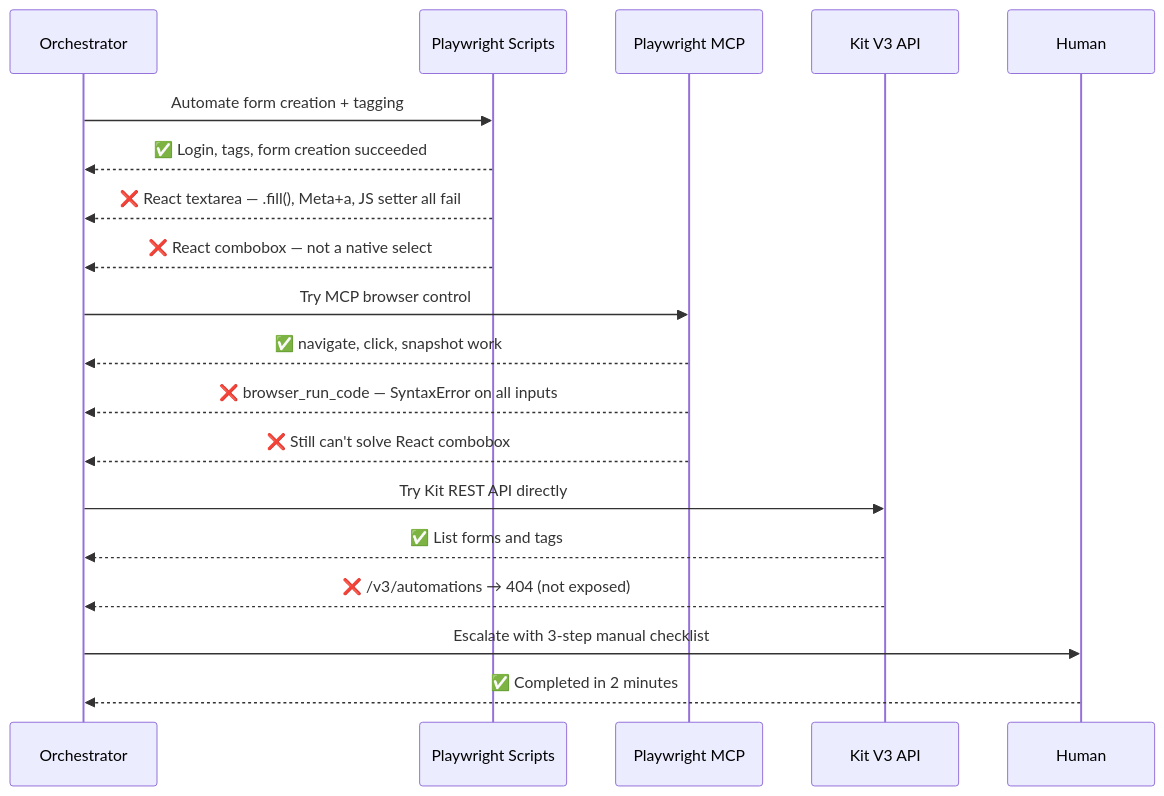
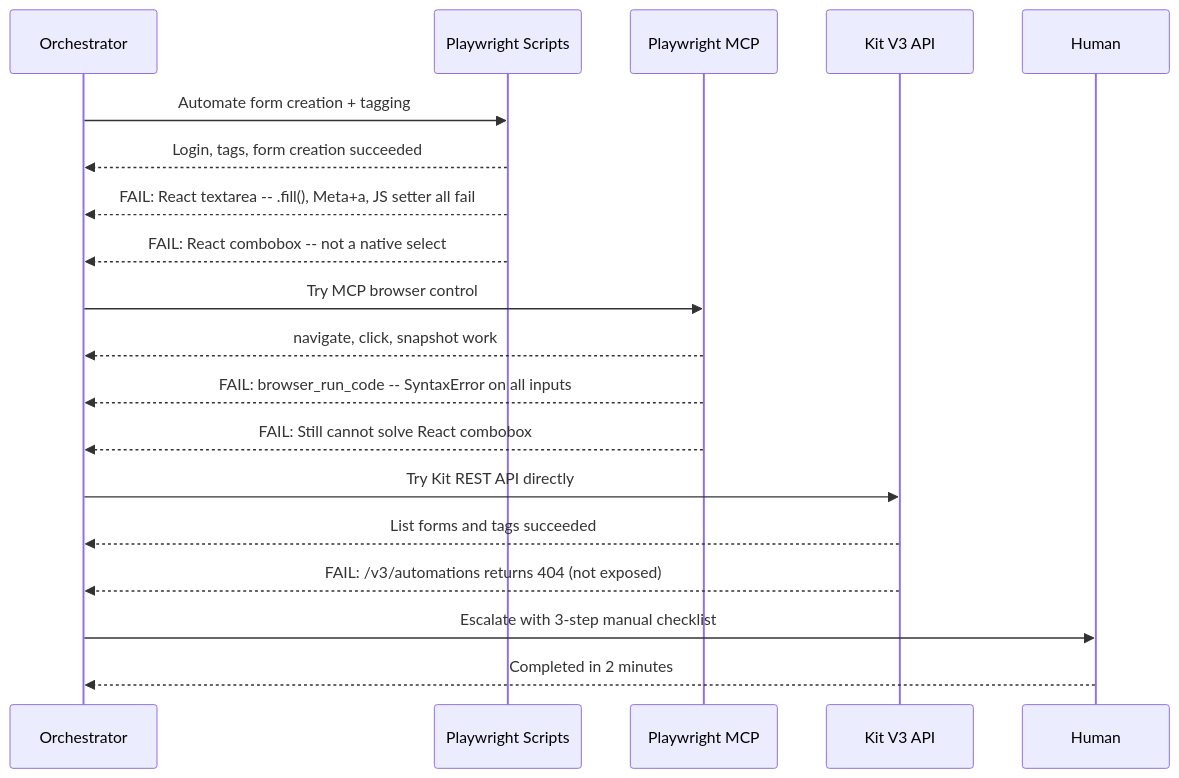
One commit to danielmeppiel/agentic-sdlc-handbook changed the second of 3 diagrams in case-study-growth-engine.qmd. Above: the diagram before and after it, drawn with Mermaid. The commit also changed other lines of this file and 5 other files, not shown here.

````diff
--- a/case-study-growth-engine.qmd
+++ b/case-study-growth-engine.qmd
@@ -139,26 +58,26 @@
 ```{mermaid}
 %%| fig-width: 4.5
 sequenceDiagram
     participant O as Orchestrator
     participant PW as Playwright Scripts
     participant MCP as Playwright MCP
     participant API as Kit V3 API
     participant H as Human
 
     O->>PW: Automate form creation + tagging
-    PW-->>O: ✅ Login, tags, form creation succeeded
-    PW-->>O: ❌ React textarea — .fill(), Meta+a, JS setter all fail
-    PW-->>O: ❌ React combobox — not a native select
+    PW-->>O: Login, tags, form creation succeeded
+    PW-->>O: FAIL: React textarea -- .fill(), Meta+a, JS setter all fail
+    PW-->>O: FAIL: React combobox -- not a native select
 
     O->>MCP: Try MCP browser control
-    MCP-->>O: ✅ navigate, click, snapshot work
-    MCP-->>O: ❌ browser_run_code — SyntaxError on all inputs
-    MCP-->>O: ❌ Still can't solve React combobox
+    MCP-->>O: navigate, click, snapshot work
+    MCP-->>O: FAIL: browser_run_code -- SyntaxError on all inputs
+    MCP-->>O: FAIL: Still cannot solve React combobox
 
     O->>API: Try Kit REST API directly
-    API-->>O: ✅ List forms and tags
-    API-->>O: ❌ /v3/automations → 404 (not exposed)
+    API-->>O: List forms and tags succeeded
+    API-->>O: FAIL: /v3/automations returns 404 (not exposed)
 
     O->>H: Escalate with 3-step manual checklist
-    H-->>O: ✅ Completed in 2 minutes
+    H-->>O: Completed in 2 minutes
 ```
````
